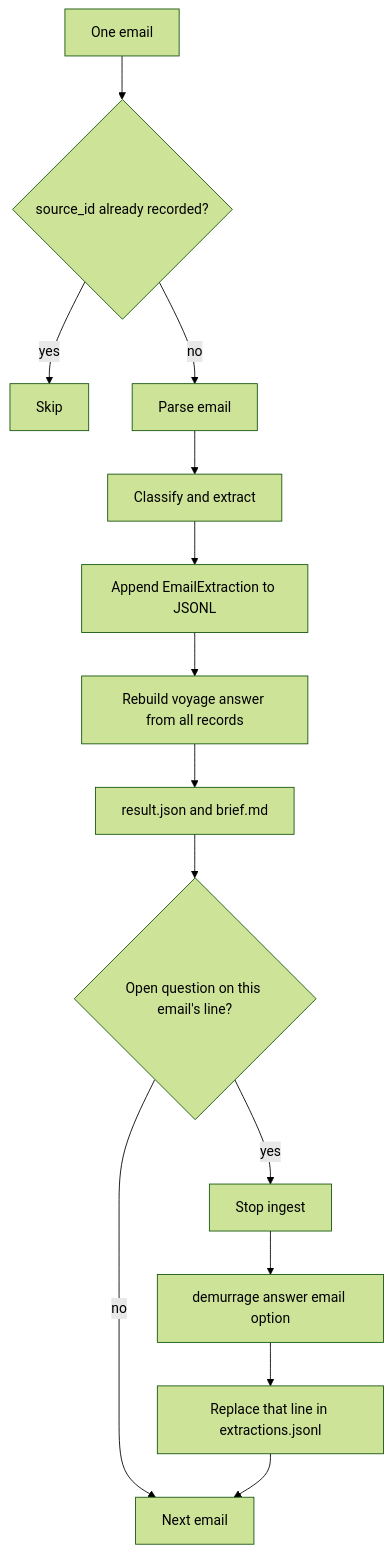
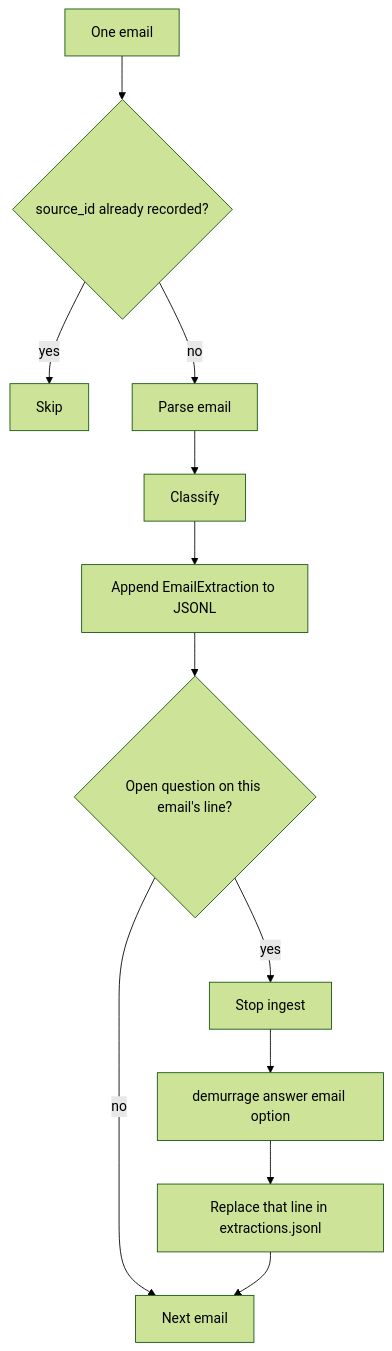
The second of 5 diagrams in ARCHITECTURE.md (silviiaromanato/demurrage), drawn with Mermaid (forest theme) before and after one commit. The commit also changed other lines of this file and 23 other files, not shown here.

````diff
--- a/ARCHITECTURE.md
+++ b/ARCHITECTURE.md
@@ -61,16 +73,14 @@
 ```mermaid
 flowchart TD
     Email["One email"] --> Known{"source_id already recorded?"}
     Known -- yes --> Skip["Skip"]
     Known -- no --> Parse["Parse email"]
-    Parse --> Extract["Classify and extract"]
+    Parse --> Extract["Classify"]
     Extract --> Append["Append EmailExtraction to JSONL"]
-    Append --> Rebuild["Rebuild voyage answer from all records"]
-    Rebuild --> Outputs["result.json and brief.md"]
-    Outputs --> Open{"Open question on this email's line?"}
+    Append --> Open{"Open question on this email's line?"}
     Open -- no --> Next["Next email"]
     Open -- yes --> Pause["Stop ingest"]
     Pause --> Human["demurrage answer email option"]
     Human --> Replace["Replace that line in extractions.jsonl"]
     Replace --> Next
 ```
````
